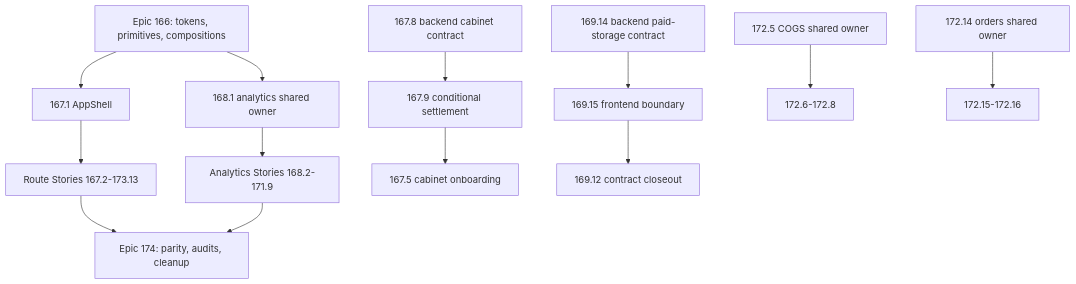
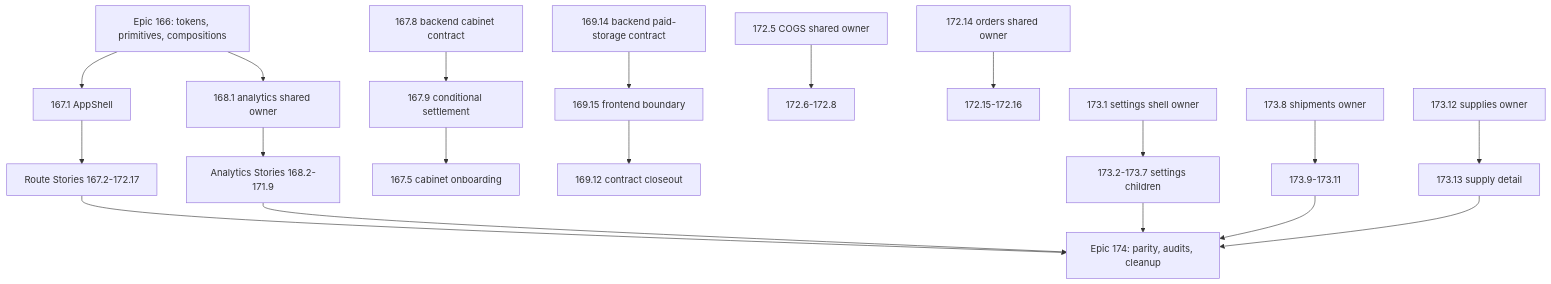
Before and after one commit to salacoste/wb-erp-system-daytona-FE: the diagram in openwiki/migration-program.md, drawn with Mermaid. The commit also changed other lines of this file and 17 other files, not shown here.

````diff
--- a/openwiki/migration-program.md
+++ b/openwiki/migration-program.md
@@ -39,15 +41,21 @@
 ```mermaid
 flowchart TD
   E166["Epic 166: tokens, primitives, compositions"] --> S1671["167.1 AppShell"]
   E166 --> S1681["168.1 analytics shared owner"]
-  S1671 --> ROUTES["Route Stories 167.2-173.13"]
+  S1671 --> ROUTES["Route Stories 167.2-172.17"]
   S1678["167.8 backend cabinet contract"] --> S1679["167.9 conditional settlement"]
   S1679 --> S1675["167.5 cabinet onboarding"]
   S1681 --> ANALYTICS["Analytics Stories 168.2-171.9"]
   R16914["169.14 backend paid-storage contract"] --> R16915["169.15 frontend boundary"]
   R16915 --> R16912["169.12 contract closeout"]
   R1725["172.5 COGS shared owner"] --> R17268["172.6-172.8"]
   R17214["172.14 orders shared owner"] --> R1721516["172.15-172.16"]
+  S1731["173.1 settings shell owner"] --> S1732["173.2-173.7 settings children"]
+  S1738["173.8 shipments owner"] --> S173911["173.9-173.11"]
+  S17312["173.12 supplies owner"] --> S17313["173.13 supply detail"]
   ROUTES --> E174["Epic 174: parity, audits, cleanup"]
   ANALYTICS --> E174
+  S1732 --> E174
+  S173911 --> E174
+  S17313 --> E174
 ```
````
